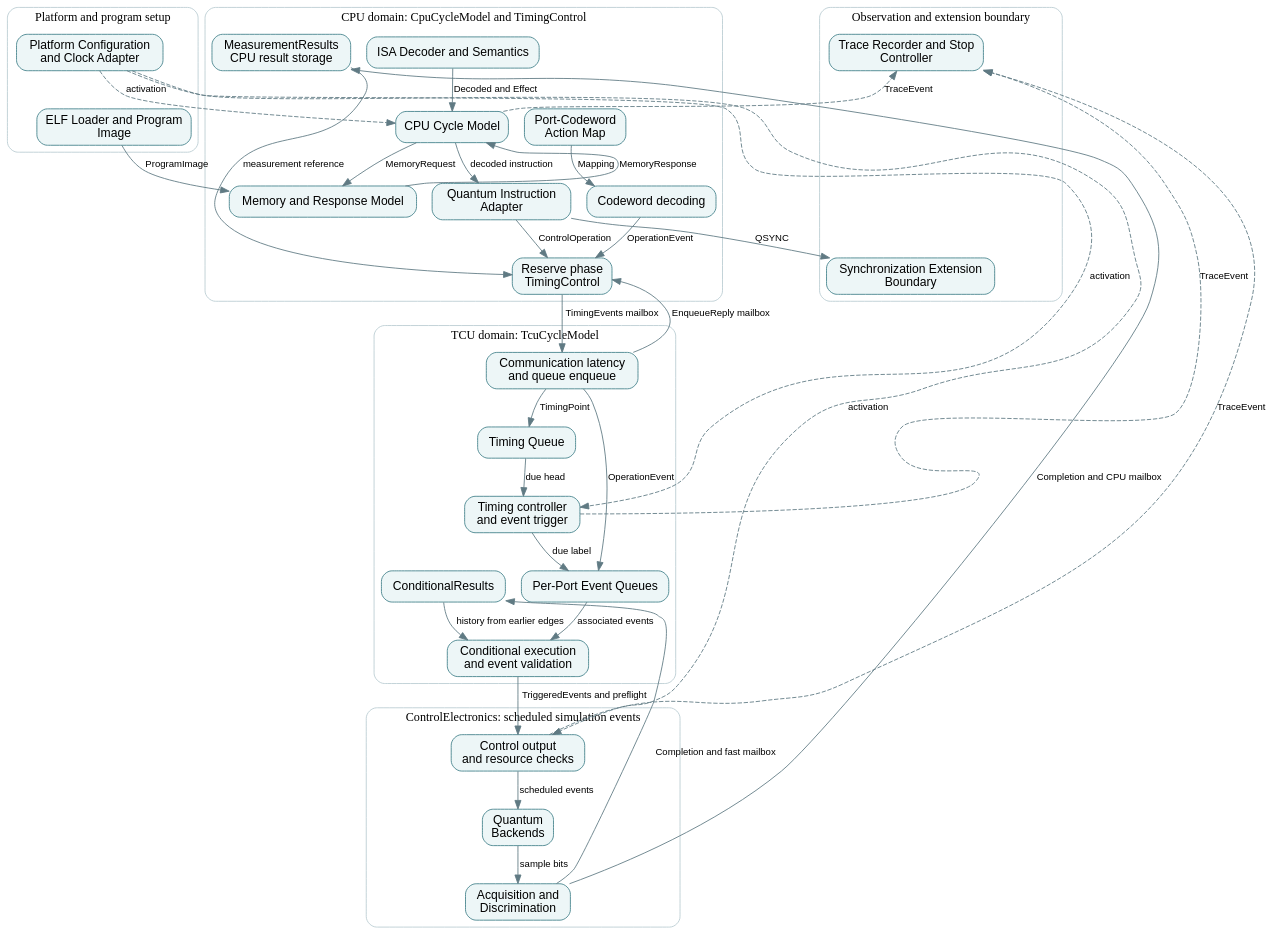
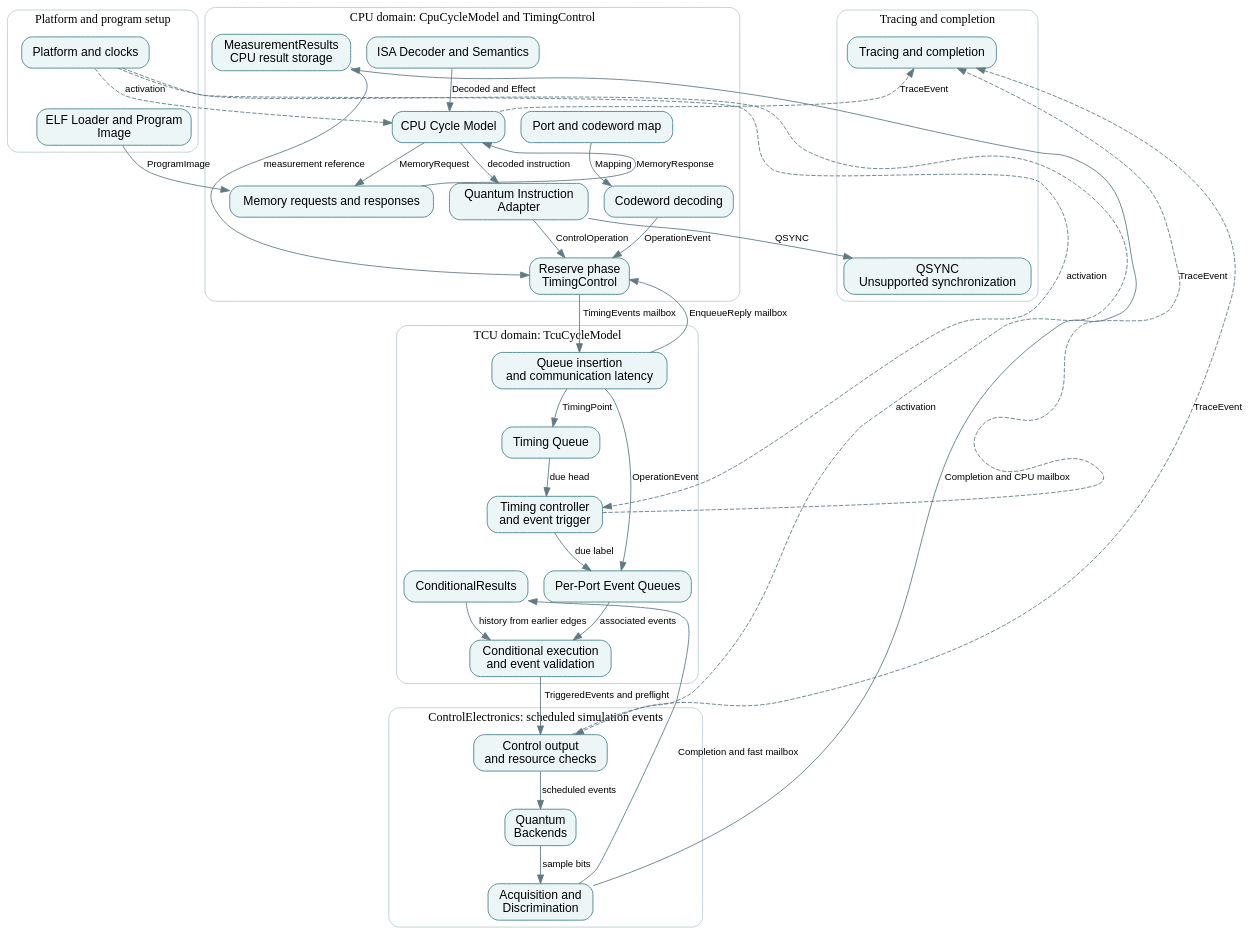
One commit to qsbit-org/qsbit-sim changed the diagram in docs/implementation.dot. Above: the diagram before and after it, drawn with Graphviz. The commit also changed 44 other files, not shown here.

```diff
--- a/docs/implementation.dot
+++ b/docs/implementation.dot
@@ -1,65 +1,65 @@
 digraph implementation {
   graph [rankdir=TB, newrank=true, bgcolor="transparent", pad=0.2, nodesep=0.25, ranksep=0.45, compound=true];
   node [shape=box, style="rounded,filled", fillcolor="#edf6f7", color="#43818a", fontname="sans-serif", fontsize=14, margin="0.12,0.08", target="_top"];
   edge [color="#607a83", fontname="sans-serif", fontsize=11];
   subgraph cluster_setup { label="Platform and program setup"; color="#bacdd2"; style="rounded";
-    m0 [label="Platform Configuration\nand Clock Adapter", href="modules/platform-and-clock-adapter.html", id="module-platform-and-clock-adapter"];
+    m0 [label="Platform and clocks", href="modules/platform-and-clock-adapter.html", id="module-platform-and-clock-adapter"];
     m1 [label="ELF Loader and Program\nImage", href="modules/elf-loader-and-program-image.html", id="module-elf-loader-and-program-image"];
   }
   subgraph cluster_cpu { label="CPU domain: CpuCycleModel and TimingControl"; color="#bacdd2"; style="rounded";
     m2 [label="ISA Decoder and Semantics", href="modules/isa-decoder-and-semantics.html", id="module-isa-decoder-and-semantics"];
     m3 [label="CPU Cycle Model", href="modules/cpu-cycle-model.html", id="module-cpu-cycle-model"];
-    m4 [label="Memory and Response Model", href="modules/memory-and-response-model.html", id="module-memory-and-response-model"];
+    m4 [label="Memory requests and responses", href="modules/memory-and-response-model.html", id="module-memory-and-response-model"];
     m5 [label="Quantum Instruction\nAdapter", href="modules/quantum-instruction-adapter.html", id="module-quantum-instruction-adapter"];
-    m13 [label="Port-Codeword\nAction Map", href="modules/port-codeword-and-waveform-map.html", id="module-port-codeword-and-waveform-map"];
+    m13 [label="Port and codeword map", href="modules/port-codeword-and-waveform-map.html", id="module-port-codeword-and-waveform-map"];
     m6 [label="Codeword decoding", href="modules/codeword-decoding.html", id="module-codeword-decoding"];
     m7 [label="Reserve phase\nTimingControl", href="modules/reserve-phase.html", id="module-reserve-phase"];
     m17 [label="MeasurementResults\nCPU result storage", href="modules/measurement-results.html", id="module-measurement-results"];
   }
   subgraph cluster_tcu { label="TCU domain: TcuCycleModel"; color="#bacdd2"; style="rounded";
-    m8 [label="Communication latency\nand queue enqueue", href="modules/queue-enqueue.html", id="module-queue-enqueue"];
+    m8 [label="Queue insertion\nand communication latency", href="modules/queue-enqueue.html", id="module-queue-enqueue"];
     m9 [label="Timing Queue", href="modules/timing-queue.html", id="module-timing-queue"];
     m10 [label="Per-Port Event Queues", href="modules/per-port-event-queues.html", id="module-per-port-event-queues"];
     m11 [label="Timing controller\nand event trigger", href="modules/timing-controller.html", id="module-timing-controller"];
     m12 [label="Conditional execution\nand event validation", href="modules/conditional-execution.html", id="module-conditional-execution"];
     m18 [label="ConditionalResults", href="modules/conditional-results.html", id="module-conditional-results"];
   }
   subgraph cluster_device { label="ControlElectronics: scheduled simulation events"; color="#bacdd2"; style="rounded";
     m14 [label="Control output\nand resource checks", href="modules/control-output.html", id="module-control-output"];
     m15 [label="Quantum\nBackends", href="modules/quantum-device-model.html", id="module-quantum-device-model"];
     m16 [label="Acquisition and\nDiscrimination", href="modules/acquisition-and-discrimination.html", id="module-acquisition-and-discrimination"];
   }
-  subgraph cluster_lifecycle { label="Observation and extension boundary"; color="#bacdd2"; style="rounded";
-    m19 [label="Trace Recorder and Stop\nController", href="modules/trace-recorder-and-stop-controller.html", id="module-trace-recorder-and-stop-controller"];
-    m20 [label="Synchronization Extension\nBoundary", href="modules/future-synchronization-adapter.html", id="module-future-synchronization-adapter"];
+  subgraph cluster_lifecycle { label="Tracing and completion"; color="#bacdd2"; style="rounded";
+    m19 [label="Tracing and completion", href="modules/trace-recorder-and-stop-controller.html", id="module-trace-recorder-and-stop-controller"];
+    m20 [label="QSYNC\nUnsupported synchronization", href="modules/future-synchronization-adapter.html", id="module-future-synchronization-adapter"];
   }
   m1 -> m4 [label="ProgramImage"];
   m4 -> m3 [constraint=false, label="MemoryResponse"];
   m3 -> m4 [label="MemoryRequest"];
   m2 -> m3 [label="Decoded and Effect"];
   m3 -> m5 [label="decoded instruction"];
   m5 -> m7 [label="ControlOperation"];
   m13 -> m6 [label="Mapping"];
   m6 -> m7 [label="OperationEvent"];
   m7 -> m8 [label="TimingEvents mailbox"];
   m8 -> m7 [constraint=false, label="EnqueueReply mailbox"];
   m8 -> m9 [label="TimingPoint"];
   m8 -> m10 [label="OperationEvent"];
   m9 -> m11 [label="due head"];
   m11 -> m10 [label="due label"];
   m10 -> m12 [label="associated events"];
   m18 -> m12 [label="history from earlier edges"];
   m12 -> m14 [label="TriggeredEvents and preflight"];
   m14 -> m15 [label="scheduled events"];
   m15 -> m16 [label="sample bits"];
   m16 -> m17 [constraint=false, label="Completion and CPU mailbox"];
   m16 -> m18 [constraint=false, label="Completion and fast mailbox"];
   m17 -> m7 [constraint=false, label="measurement reference"];
   m5 -> m20 [label="QSYNC"];
   m0 -> m3 [style=dashed, constraint=false, label="activation"];
   m0 -> m11 [style=dashed, constraint=false, label="activation"];
   m0 -> m14 [style=dashed, constraint=false, label="activation"];
   m3 -> m19 [style=dashed, constraint=false, label="TraceEvent"];
   m11 -> m19 [style=dashed, constraint=false, label="TraceEvent"];
   m14 -> m19 [style=dashed, constraint=false, label="TraceEvent"];
 }
```
